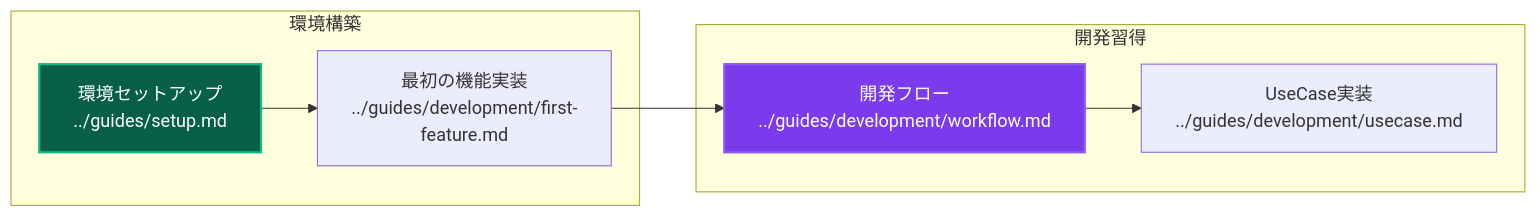
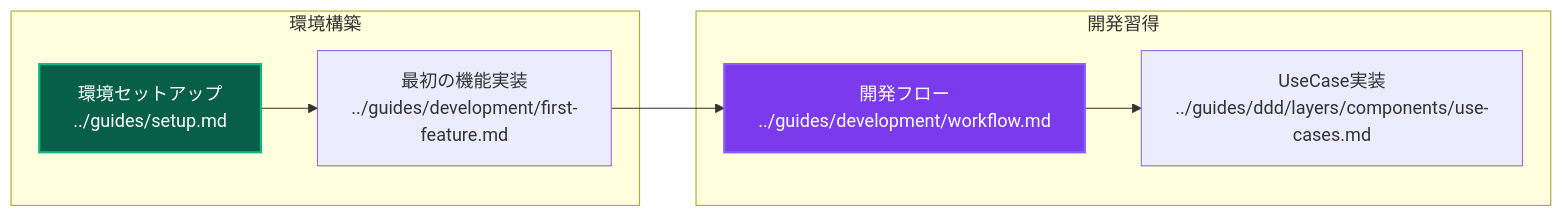
Diagram 16 of 18 in _DOCS/architecture/overview.md (derushio/d-next-ddd-example), drawn with Mermaid before and after one commit. The commit also changed other lines of this file and 102 other files, not shown here.

````diff
--- a/_DOCS/architecture/overview.md
+++ b/_DOCS/architecture/overview.md
@@ -544,14 +543,14 @@
 ```mermaid
 graph LR
     subgraph "環境構築"
         C1[環境セットアップ<br/>../guides/setup.md] --> C2[最初の機能実装<br/>../guides/development/first-feature.md]
     end
 
     subgraph "開発習得"
         C2 --> D1[開発フロー<br/>../guides/development/workflow.md]
-        D1 --> D2[UseCase実装<br/>../guides/development/usecase.md]
+        D1 --> D2[UseCase実装<br/>../guides/ddd/layers/components/use-cases.md]
     end
 
     style C1 fill:#065f46,stroke:#10b981,stroke-width:2px,color:#ffffff
     style D1 fill:#7c3aed,stroke:#8b5cf6,stroke-width:2px,color:#ffffff
 ```
````
